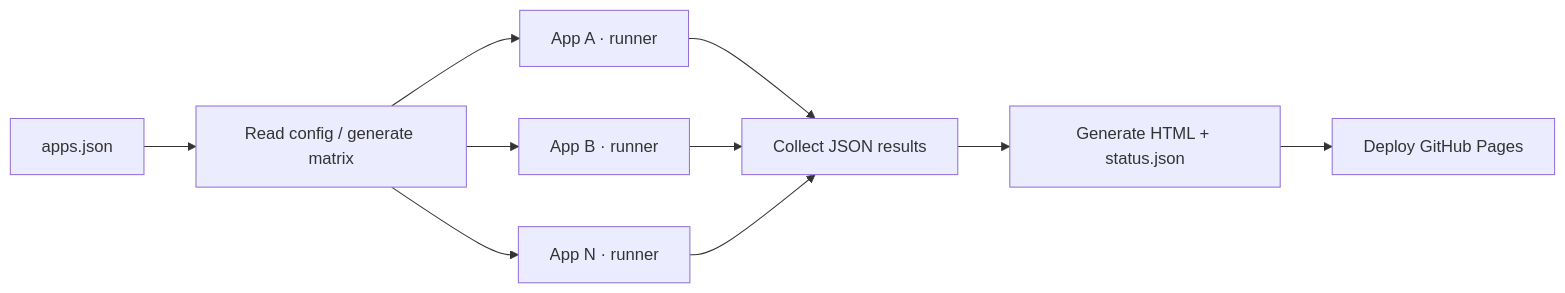
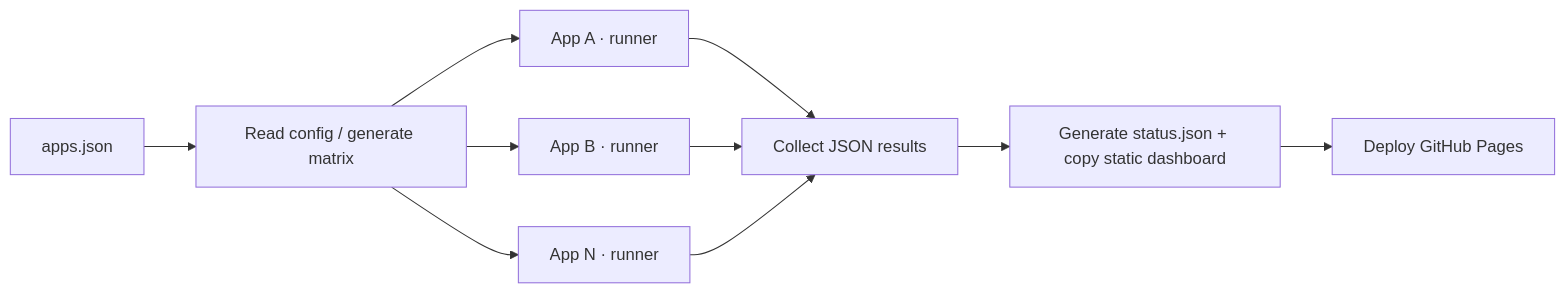
The diagram in README.md (ivangergo3/monitoring-pipeline), drawn with Mermaid before and after one commit. The commit also changed other lines of this file and 7 other files, not shown here.

Commit message:
Reuse static dashboard and refresh JSON with sparse publishing checkout

````diff
--- a/README.md
+++ b/README.md
@@ -9,12 +9,12 @@
 ```mermaid
 flowchart LR
     A[apps.json] --> B[Read config / generate matrix]
     B --> C[App A · runner]
     B --> D[App B · runner]
     B --> E[App N · runner]
     C --> F[Collect JSON results]
     D --> F
     E --> F
-    F --> G[Generate HTML + status.json]
+    F --> G[Generate status.json + copy static dashboard]
     G --> H[Deploy GitHub Pages]
 ```
````
